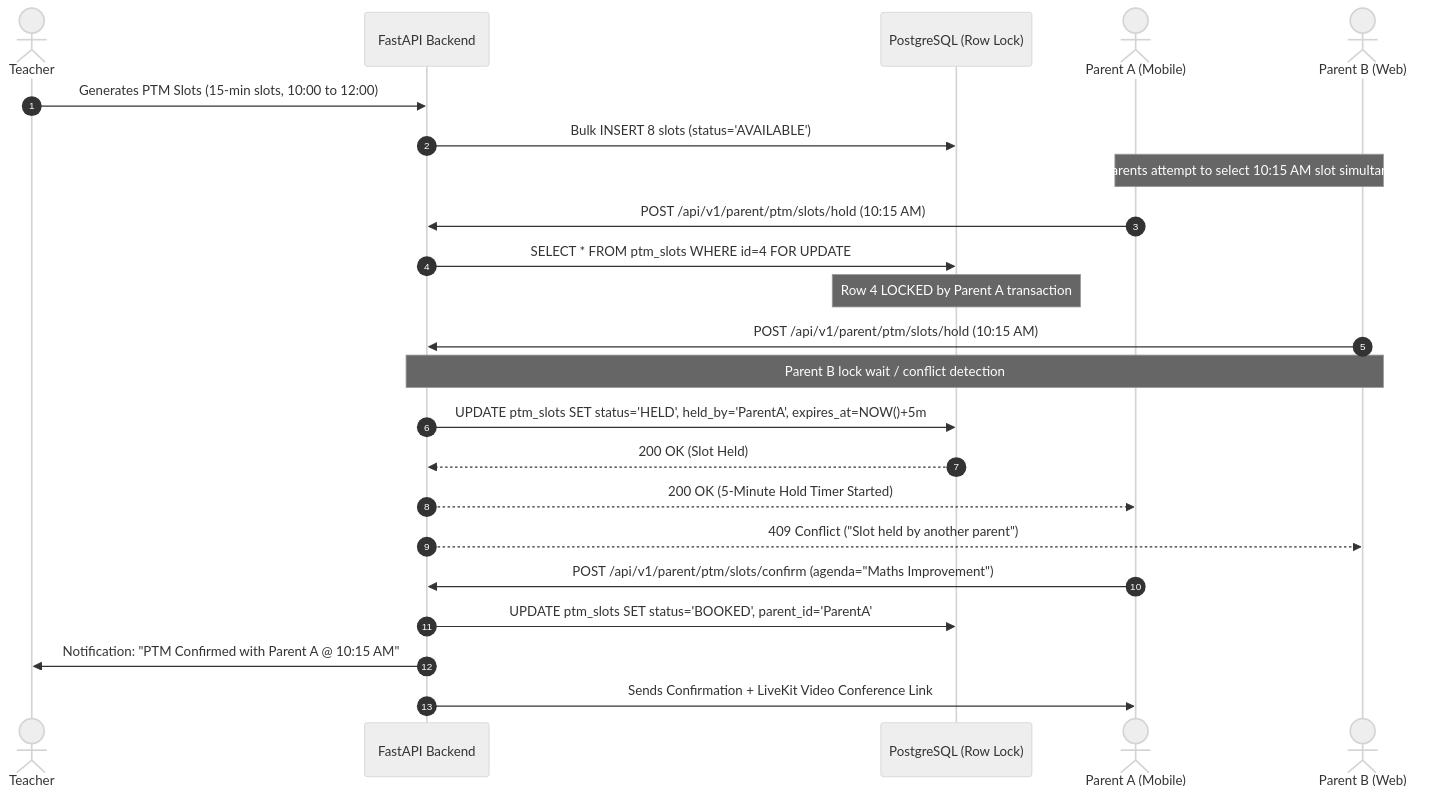
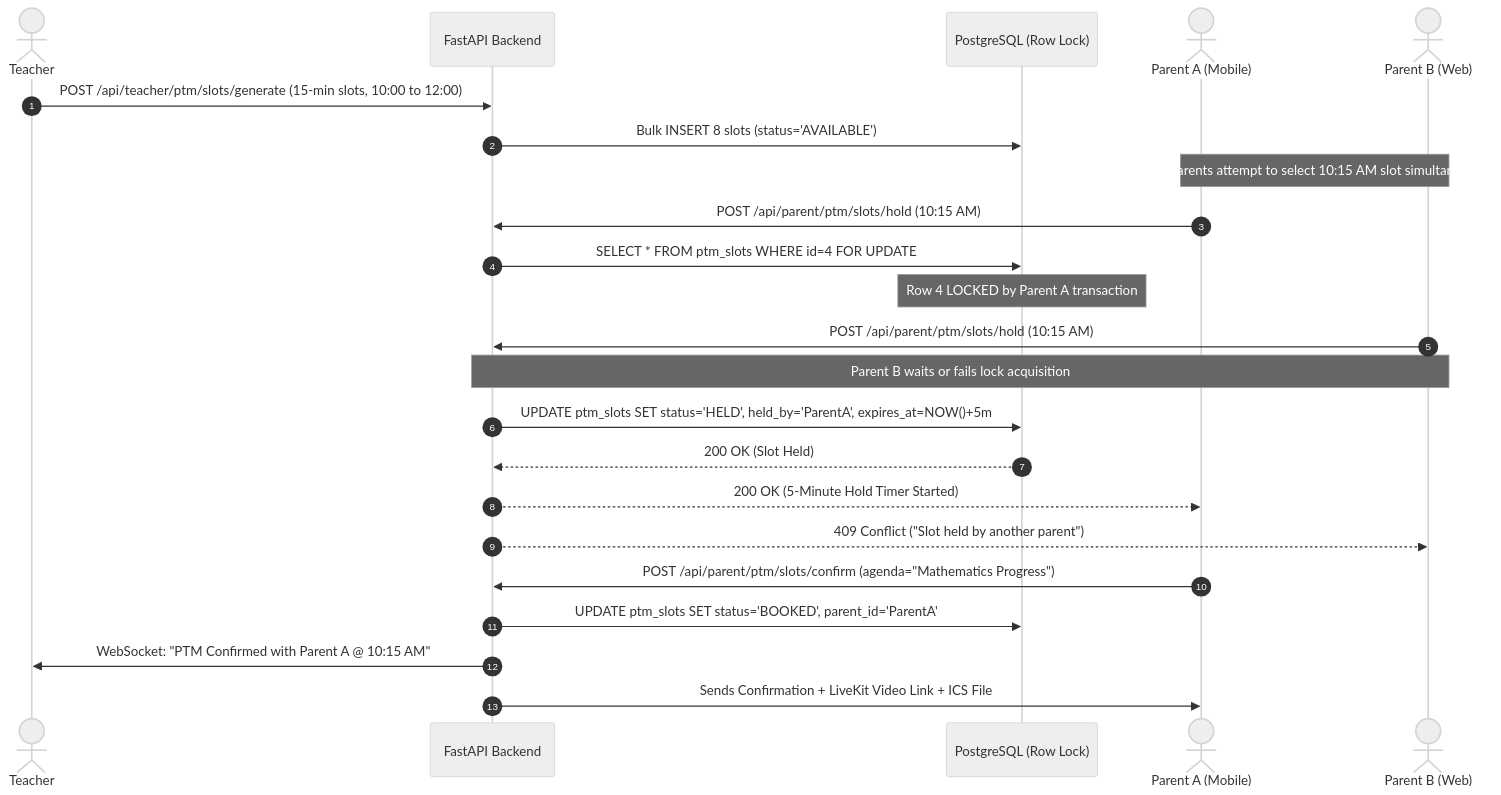
The third of 7 diagrams in docs/prd/PRD.md (DiradzProducts/EDU360), drawn with Mermaid (neutral theme) before and after one commit. The commit also changed other lines of this file and 6 other files, not shown here.

Commit message:
docs(architecture): synchronize role-wise workflows with payroll LOP, batch exam schedules, and clock engine (v8.5)

````diff
--- a/docs/prd/PRD.md
+++ b/docs/prd/PRD.md
@@ -204,26 +239,26 @@
 ```mermaid
 sequenceDiagram
     autonumber
     actor Teacher as Teacher
-    participant Backend as FastAPI Backend
+    participant API as FastAPI Backend
     participant DB as PostgreSQL (Row Lock)
     actor ParentA as Parent A (Mobile)
     actor ParentB as Parent B (Web)
 
-    Teacher->>Backend: Generates PTM Slots (15-min slots, 10:00 to 12:00)
-    Backend->>DB: Bulk INSERT 8 slots (status='AVAILABLE')
+    Teacher->>API: POST /api/teacher/ptm/slots/generate (15-min slots, 10:00 to 12:00)
+    API->>DB: Bulk INSERT 8 slots (status='AVAILABLE')
     Note over ParentA,ParentB: Both parents attempt to select 10:15 AM slot simultaneously
-    ParentA->>Backend: POST /api/v1/parent/ptm/slots/hold (10:15 AM)
-    Backend->>DB: SELECT * FROM ptm_slots WHERE id=4 FOR UPDATE
+    ParentA->>API: POST /api/parent/ptm/slots/hold (10:15 AM)
+    API->>DB: SELECT * FROM ptm_slots WHERE id=4 FOR UPDATE
     Note over DB: Row 4 LOCKED by Parent A transaction
-    ParentB->>Backend: POST /api/v1/parent/ptm/slots/hold (10:15 AM)
-    Note over Backend,ParentB: Parent B lock wait / conflict detection
-    Backend->>DB: UPDATE ptm_slots SET status='HELD', held_by='ParentA', expires_at=NOW()+5m
-    DB-->>Backend: 200 OK (Slot Held)
-    Backend-->>ParentA: 200 OK (5-Minute Hold Timer Started)
-    Backend-->>ParentB: 409 Conflict ("Slot held by another parent")
-    ParentA->>Backend: POST /api/v1/parent/ptm/slots/confirm (agenda="Maths Improvement")
-    Backend->>DB: UPDATE ptm_slots SET status='BOOKED', parent_id='ParentA'
-    Backend->>Teacher: Notification: "PTM Confirmed with Parent A @ 10:15 AM"
-    Backend->>ParentA: Sends Confirmation + LiveKit Video Conference Link
+    ParentB->>API: POST /api/parent/ptm/slots/hold (10:15 AM)
+    Note over API,ParentB: Parent B waits or fails lock acquisition
+    API->>DB: UPDATE ptm_slots SET status='HELD', held_by='ParentA', expires_at=NOW()+5m
+    DB-->>API: 200 OK (Slot Held)
+    API-->>ParentA: 200 OK (5-Minute Hold Timer Started)
+    API-->>ParentB: 409 Conflict ("Slot held by another parent")
+    ParentA->>API: POST /api/parent/ptm/slots/confirm (agenda="Mathematics Progress")
+    API->>DB: UPDATE ptm_slots SET status='BOOKED', parent_id='ParentA'
+    API->>Teacher: WebSocket: "PTM Confirmed with Parent A @ 10:15 AM"
+    API->>ParentA: Sends Confirmation + LiveKit Video Link + ICS File
 ```
````
